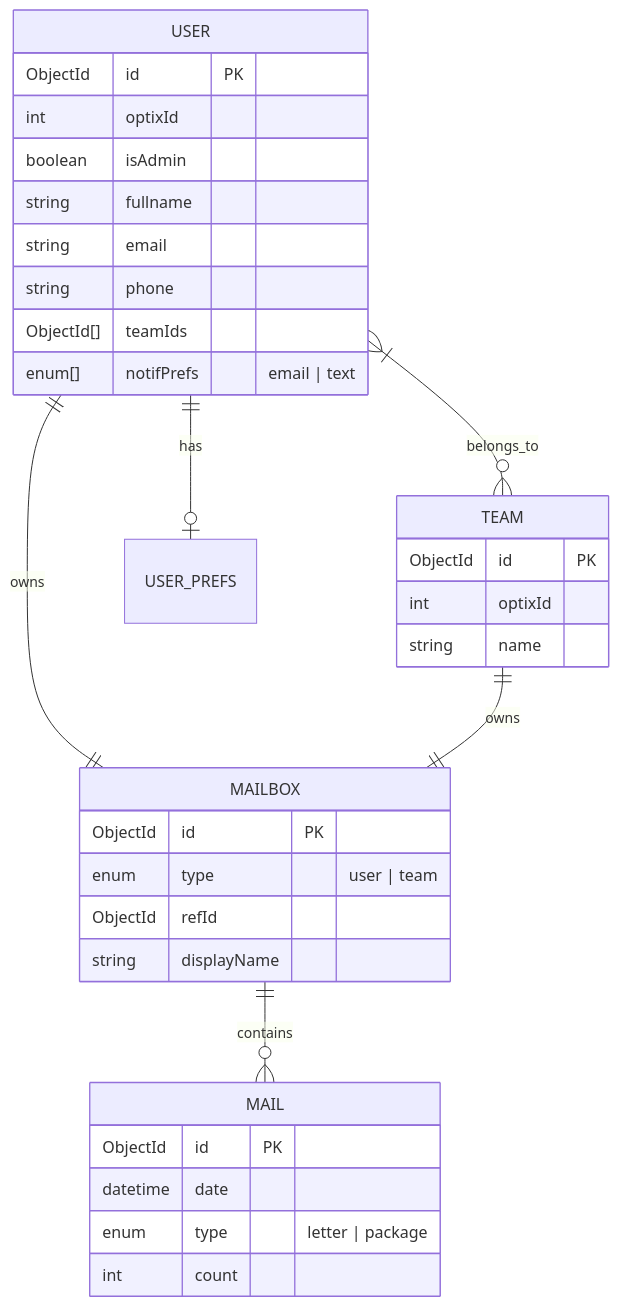
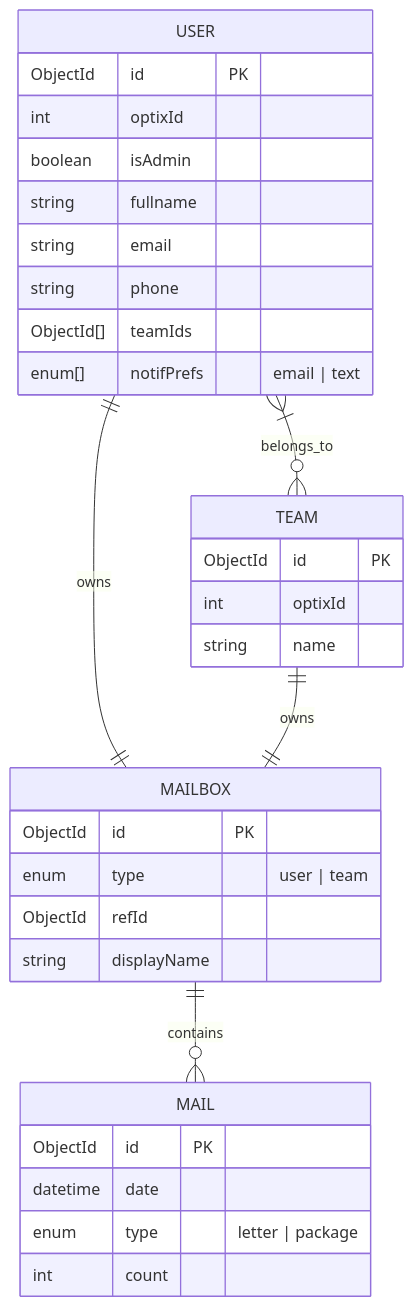
The diagram in docs/architecture/data/data_model.mmd (CMU-413/avenu), drawn with Mermaid before and after one commit.

Commit message:
Remove relationship between USER and USER_PREFS

```diff
--- a/docs/architecture/data/data_model.mmd
+++ b/docs/architecture/data/data_model.mmd
@@ -1,41 +1,40 @@
 erDiagram
 
     USER {
         ObjectId id PK
         int optixId
         boolean isAdmin
         string fullname
         string email
         string phone
         ObjectId[] teamIds
         enum[] notifPrefs "email | text"
     }
 
     TEAM {
         ObjectId id PK
         int optixId
         string name
     }
 
     MAILBOX {
         ObjectId id PK
         enum type "user | team"
         ObjectId refId
         string displayName
     }
 
     MAIL {
         ObjectId id PK
         datetime date
         enum type "letter | package"
         int count
     }
 
     %% Relationships
-    USER ||--o| USER_PREFS : has
     USER }|--o{ TEAM : belongs_to
 
     USER ||--|| MAILBOX : owns
     TEAM ||--|| MAILBOX : owns
 
     MAILBOX ||--o{ MAIL : contains
```
